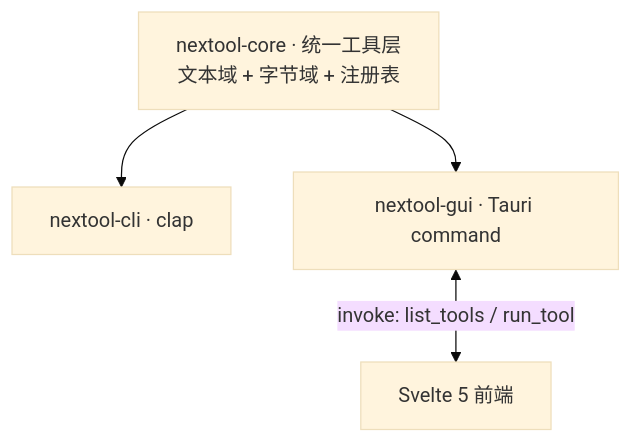
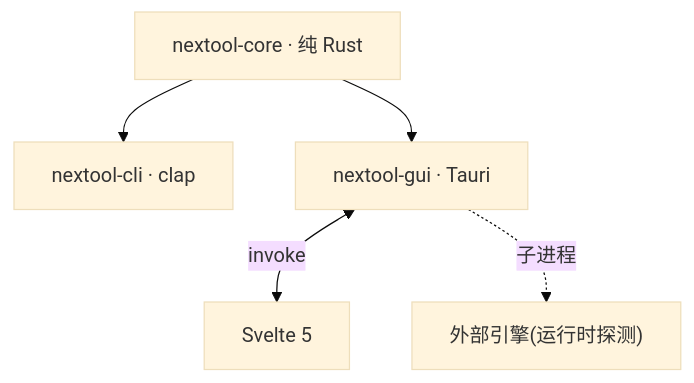
The diagram in README.md (int2t05/NexToolkit), drawn with Mermaid (base theme) before and after one commit. The commit also changed other lines of this file and 5 other files, not shown here.

First line of the commit message:
docs: 全量重构——prd/tech/api/flow/todo + README,mermaid 为主,简洁成熟

````diff
--- a/README.md
+++ b/README.md
@@ -30,6 +22,7 @@
 ```mermaid
 flowchart TD
-  CORE["nextool-core · 统一工具层<br/>文本域 + 字节域 + 注册表"] --> CLI["nextool-cli · clap"]
-  CORE --> GUI["nextool-gui · Tauri command"]
-  GUI <-->|"invoke: list_tools / run_tool"| FE["Svelte 5 前端"]
+  CORE["nextool-core · 纯 Rust"] --> CLI["nextool-cli · clap"]
+  CORE --> GUI["nextool-gui · Tauri"]
+  GUI <-->|"invoke"| FE["Svelte 5"]
+  GUI -.->|"子进程"| ENG["外部引擎(运行时探测)"]
 ```
````
